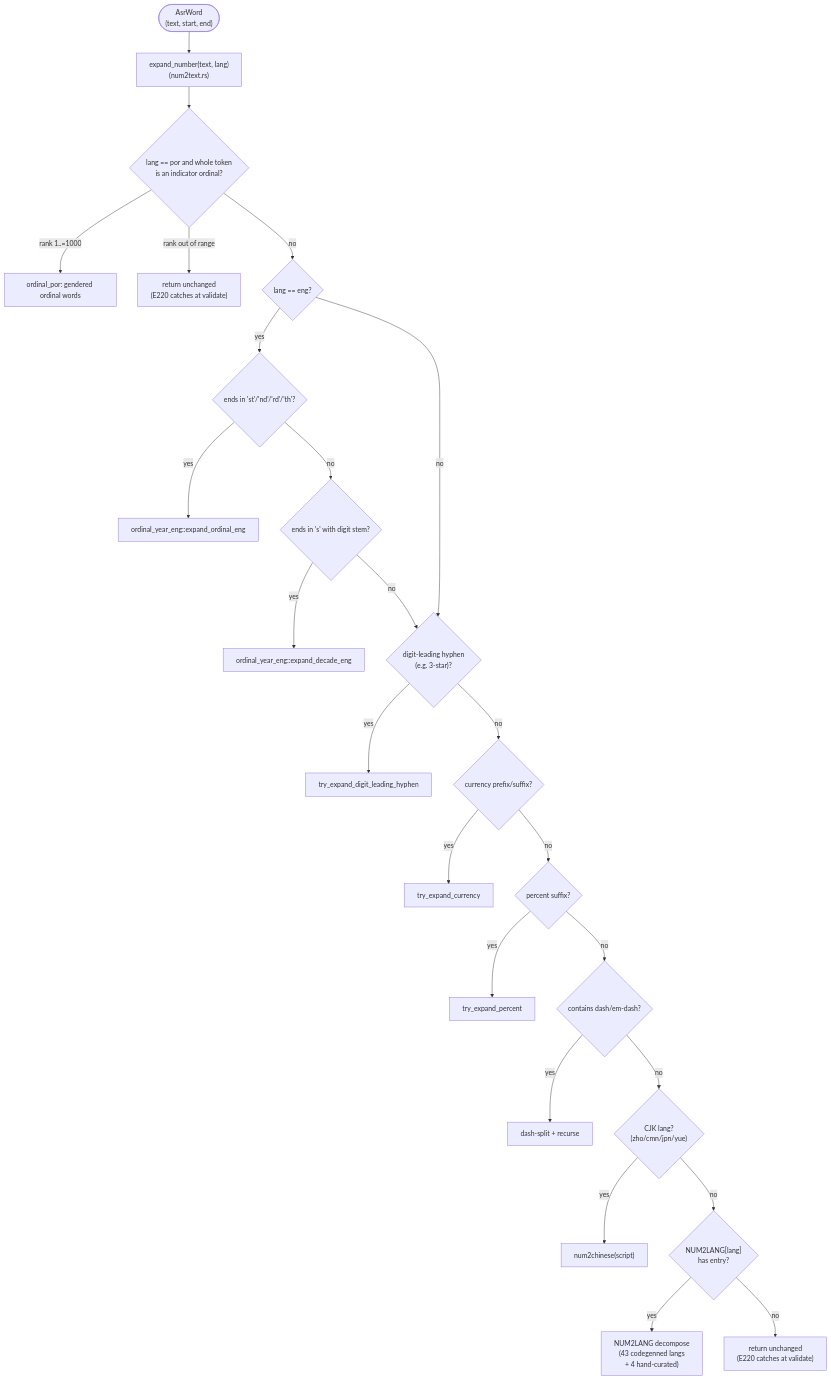
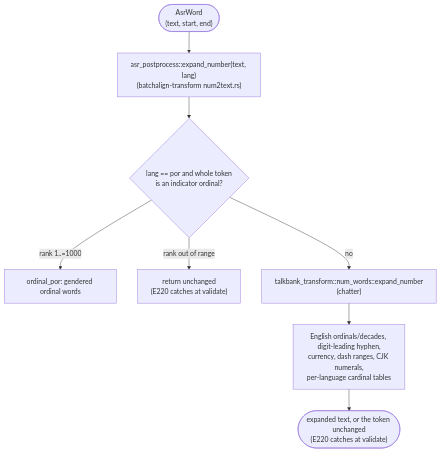
The diagram in book/src/batchalign/architecture/number-expansion.md (FranklinChen/talkbank-tools), drawn with Mermaid before and after one commit. The commit also changed other lines of this file and 32 other files, not shown here.

````diff
--- a/book/src/batchalign/architecture/number-expansion.md
+++ b/book/src/batchalign/architecture/number-expansion.md
@@ -60,26 +66,10 @@
 ```mermaid
 flowchart TD
-    Word(["AsrWord<br/>(text, start, end)"]) --> ExpandNum["expand_number(text, lang)<br/>(num2text.rs)"]
+    Word(["AsrWord<br/>(text, start, end)"]) --> ExpandNum["asr_postprocess::expand_number(text, lang)<br/>(batchalign-transform num2text.rs)"]
     ExpandNum --> Por{"lang == por and whole token<br/>is an indicator ordinal?"}
     Por -->|"rank 1..=1000"| PorRust["ordinal_por: gendered ordinal words"]
     Por -->|"rank out of range"| PorPass["return unchanged<br/>(E220 catches at validate)"]
-    Por -->|"no"| Eng{"lang == eng?"}
-    Eng -->|"yes"| OrdEng{"ends in 'st'/'nd'/'rd'/'th'?"}
-    OrdEng -->|"yes"| OrdinalRust["ordinal_year_eng::expand_ordinal_eng"]
-    OrdEng -->|"no"| DecEng{"ends in 's' with digit stem?"}
-    DecEng -->|"yes"| DecadeRust["ordinal_year_eng::expand_decade_eng"]
-    DecEng -->|"no"| DigitLead
-    Eng -->|"no"| DigitLead{"digit-leading hyphen<br/>(e.g. 3-star)?"}
-    DigitLead -->|"yes"| HyphenRust["try_expand_digit_leading_hyphen"]
-    DigitLead -->|"no"| Currency{"currency prefix/suffix?"}
-    Currency -->|"yes"| CurrencyRust["try_expand_currency"]
-    Currency -->|"no"| Percent{"percent suffix?"}
-    Percent -->|"yes"| PercentRust["try_expand_percent"]
-    Percent -->|"no"| Dash{"contains dash/em-dash?"}
-    Dash -->|"yes"| DashRust["dash-split + recurse"]
-    Dash -->|"no"| CJK{"CJK lang?<br/>(zho/cmn/jpn/yue)"}
-    CJK -->|"yes"| Num2Chinese["num2chinese(script)"]
-    CJK -->|"no"| Table{"NUM2LANG[lang]<br/>has entry?"}
-    Table -->|"yes"| TableLookup["NUM2LANG decompose<br/>(43 codegenned langs<br/>+ 4 hand-curated)"]
-    Table -->|"no"| Passthrough["return unchanged<br/>(E220 catches at validate)"]
+    Por -->|"no"| Chatter["talkbank_transform::num_words::expand_number<br/>(chatter)"]
+    Chatter --> Forms["English ordinals/decades, digit-leading hyphen,<br/>currency, dash ranges, CJK numerals,<br/>per-language cardinal tables"]
+    Forms --> Out(["expanded text, or the token unchanged<br/>(E220 catches at validate)"])
 ```
````
